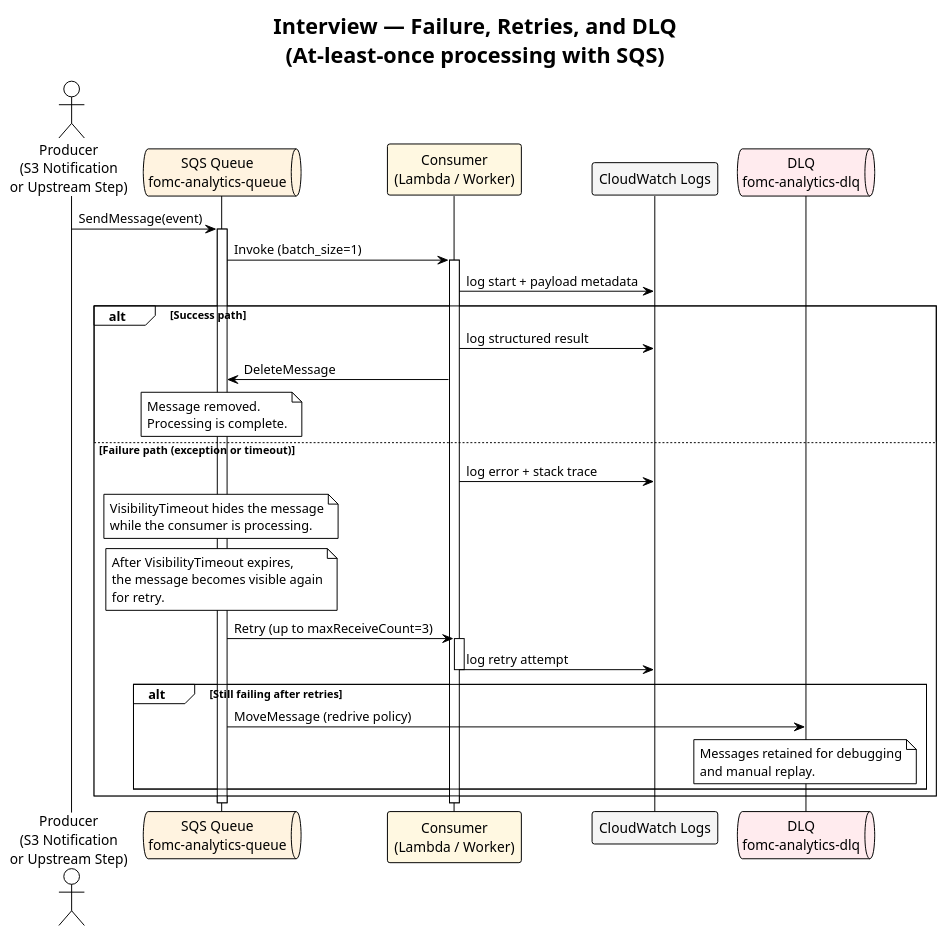
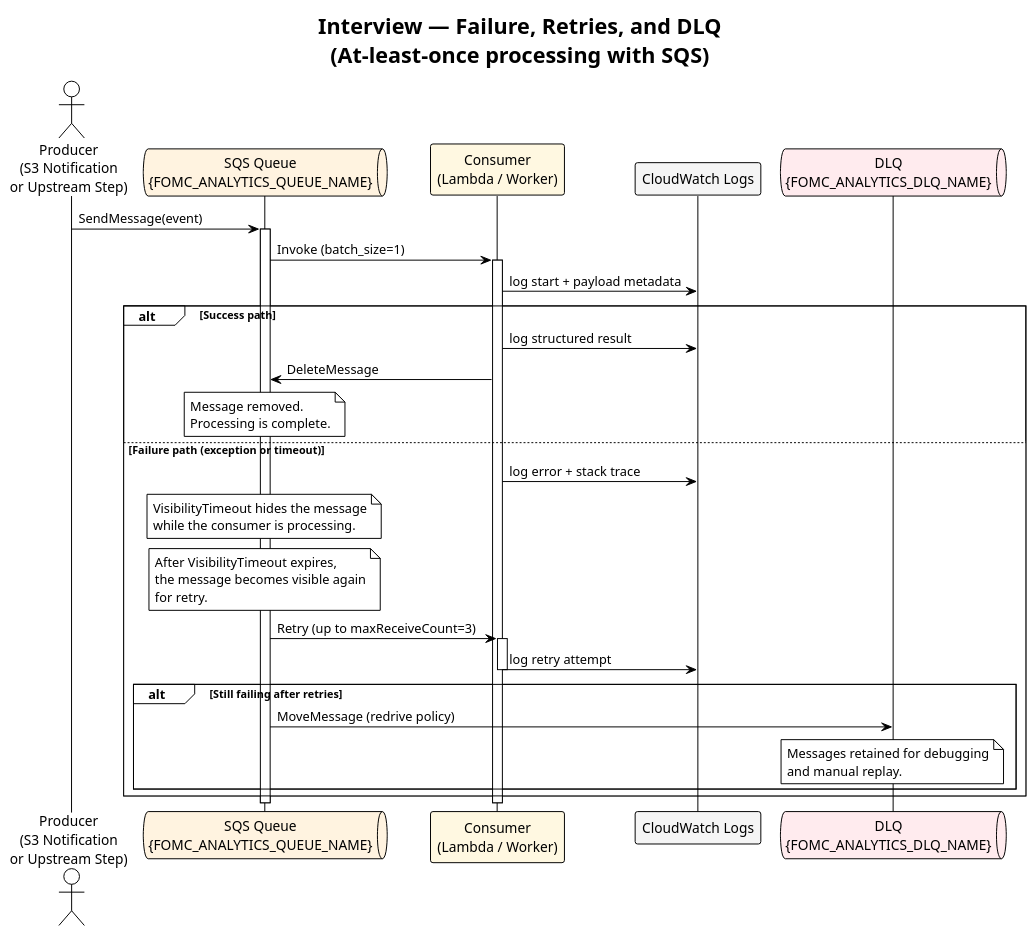
One commit to TechR10n/fomc-agent changed the diagram in docs/interview/interview-failure-retry.puml. Above: the diagram before and after it, drawn with PlantUML. The commit also changed 74 other files, not shown here.

```diff
--- a/docs/interview/interview-failure-retry.puml
+++ b/docs/interview/interview-failure-retry.puml
@@ -1,52 +1,52 @@
 @startuml interview-failure-retry
 !theme plain
 title Interview — Failure, Retries, and DLQ\n(At-least-once processing with SQS)
 
 actor "Producer\n(S3 Notification\nor Upstream Step)" as Producer
-queue "SQS Queue\nfomc-analytics-queue" as Q #FFF3E0
+queue "SQS Queue\n{FOMC_ANALYTICS_QUEUE_NAME}" as Q #FFF3E0
 participant "Consumer\n(Lambda / Worker)" as Worker #FFF8E1
 participant "CloudWatch Logs" as Logs #F5F5F5
-queue "DLQ\nfomc-analytics-dlq" as DLQ #FFEBEE
+queue "DLQ\n{FOMC_ANALYTICS_DLQ_NAME}" as DLQ #FFEBEE
 
 Producer -> Q : SendMessage(event)
 activate Q
 
 Q -> Worker : Invoke (batch_size=1)
 activate Worker
 Worker -> Logs : log start + payload metadata
 
 alt Success path
   Worker -> Logs : log structured result
   Worker -> Q : DeleteMessage
   note over Q
     Message removed.
     Processing is complete.
   end note
 else Failure path (exception or timeout)
   Worker -> Logs : log error + stack trace
   note over Q
     VisibilityTimeout hides the message
     while the consumer is processing.
   end note
   note over Q
     After VisibilityTimeout expires,
     the message becomes visible again
     for retry.
   end note
   Q -> Worker : Retry (up to maxReceiveCount=3)
   activate Worker
   Worker -> Logs : log retry attempt
   deactivate Worker
   alt Still failing after retries
     Q -> DLQ : MoveMessage (redrive policy)
     note over DLQ
       Messages retained for debugging
       and manual replay.
     end note
   end
 end
 
 deactivate Worker
 deactivate Q
 
 @enduml
```
